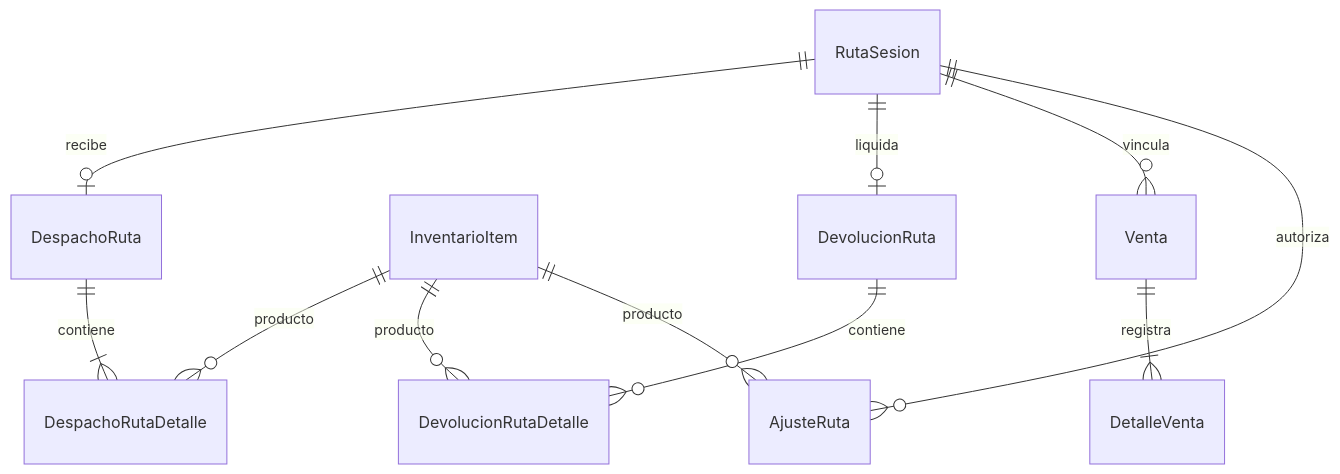
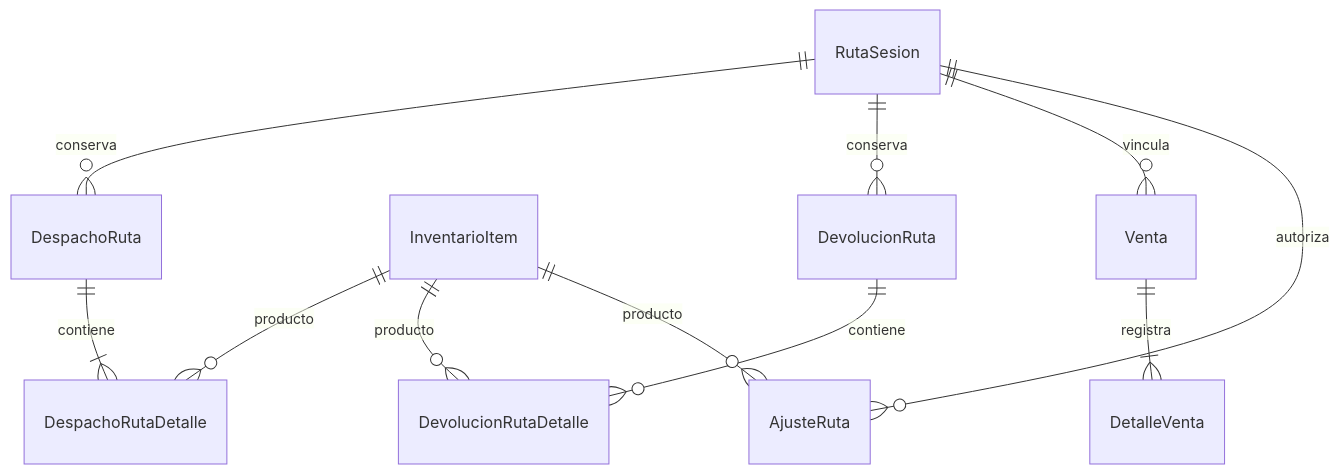
Before and after one commit to EDU4RDO-DEV/FlowManager: the diagram in backend/README.md, drawn with Mermaid. The commit also changed other lines of this file and 42 other files, not shown here.

````diff
--- a/backend/README.md
+++ b/backend/README.md
@@ -190,13 +196,13 @@
 ```mermaid
 erDiagram
-  RutaSesion ||--o| DespachoRuta : recibe
+  RutaSesion ||--o{ DespachoRuta : conserva
   DespachoRuta ||--|{ DespachoRutaDetalle : contiene
   InventarioItem ||--o{ DespachoRutaDetalle : producto
-  RutaSesion ||--o| DevolucionRuta : liquida
+  RutaSesion ||--o{ DevolucionRuta : conserva
   DevolucionRuta ||--o{ DevolucionRutaDetalle : contiene
   InventarioItem ||--o{ DevolucionRutaDetalle : producto
   RutaSesion ||--o{ Venta : vincula
   Venta ||--|{ DetalleVenta : registra
   RutaSesion ||--o{ AjusteRuta : autoriza
   InventarioItem ||--o{ AjusteRuta : producto
 ```
````
